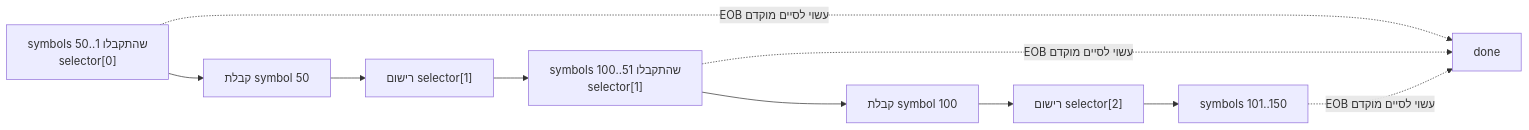
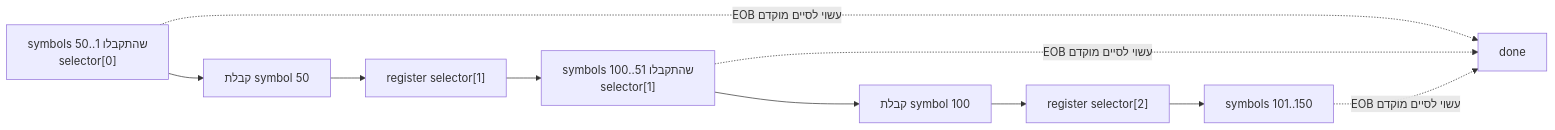
Before and after one commit to Tydox/Auxilary-Notes: the eighth of 12 diagrams in report in hebrew/06_block_diagrams.md, drawn with Mermaid. The commit also changed other lines of this file and 5 other files, not shown here.

````diff
--- a/report in hebrew/06_block_diagrams.md
+++ b/report in hebrew/06_block_diagrams.md
@@ -210,9 +210,9 @@
 ```mermaid
 flowchart LR
     G0["symbols שהתקבלו 1..50<br/>selector[0]"] --> E0["קבלת symbol 50"]
-    E0 --> L1["רישום selector[1]"] --> G1["symbols שהתקבלו 51..100<br/>selector[1]"]
-    G1 --> E1["קבלת symbol 100"] --> L2["רישום selector[2]"] --> G2["symbols 101..150"]
+    E0 --> L1["register selector[1]"] --> G1["symbols שהתקבלו 51..100<br/>selector[1]"]
+    G1 --> E1["קבלת symbol 100"] --> L2["register selector[2]"] --> G2["symbols 101..150"]
     G0 -.->|EOB עשוי לסיים מוקדם| DONE["done"]
     G1 -.->|EOB עשוי לסיים מוקדם| DONE
     G2 -.->|EOB עשוי לסיים מוקדם| DONE
 ```
````
